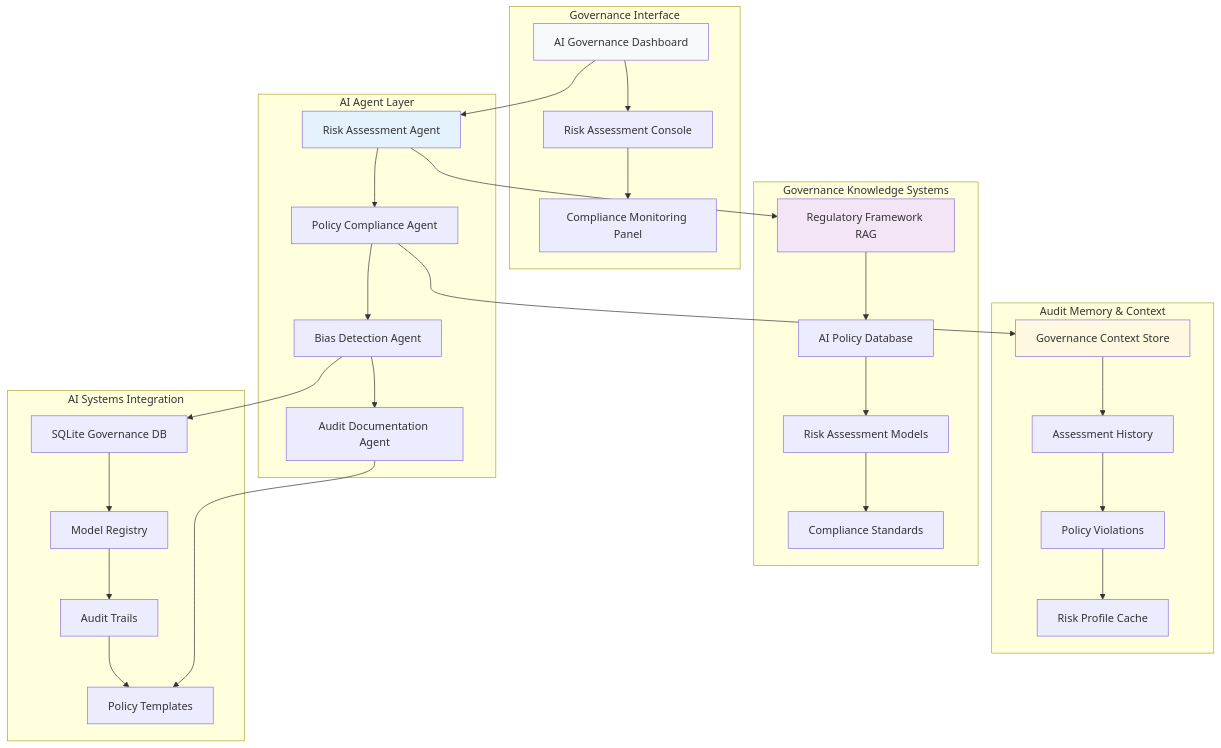
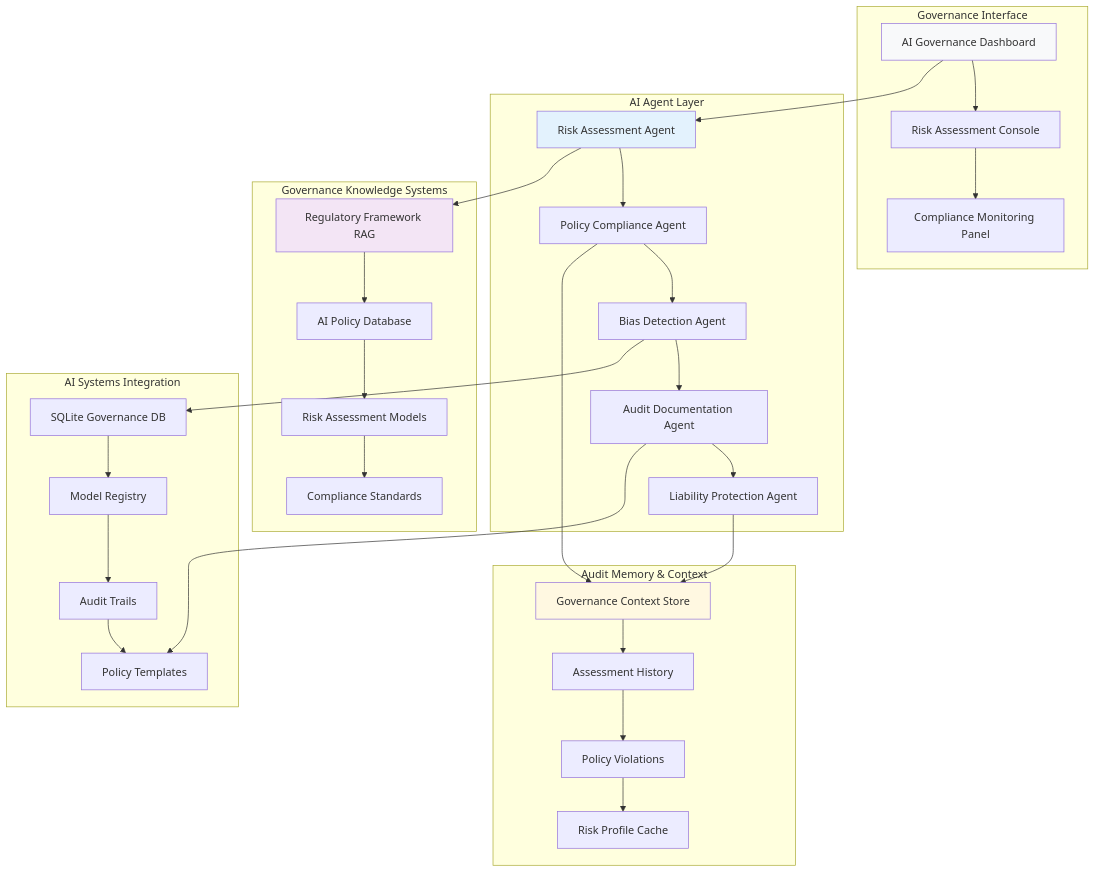
Before and after one commit to rajupeta/AI-Governance-Pod-Enterprise-AI-Audit-Platform: the first of 3 diagrams in Pod4.md, drawn with Mermaid. The commit also changed other lines of this file and 17 other files, not shown here.

First line of the commit message:
feat: Add CRO liability protection agent and complete governance platform

````diff
--- a/Pod4.md
+++ b/Pod4.md
@@ -22,42 +22,44 @@
 ```mermaid
 graph TB
     subgraph "Governance Interface"
         A[AI Governance Dashboard] --> B[Risk Assessment Console]
         B --> C[Compliance Monitoring Panel]
     end
     
     subgraph "AI Agent Layer"
         D[Risk Assessment Agent] --> E[Policy Compliance Agent]
         E --> F[Bias Detection Agent]
         F --> G[Audit Documentation Agent]
+        G --> H2[Liability Protection Agent]
     end
     
     subgraph "Governance Knowledge Systems"
         H[Regulatory Framework RAG] --> I[AI Policy Database]
         I --> J[Risk Assessment Models]
         J --> K[Compliance Standards]
     end
     
     subgraph "Audit Memory & Context"
         L[Governance Context Store] --> M[Assessment History]
         M --> N[Policy Violations]
         N --> O[Risk Profile Cache]
     end
     
     subgraph "AI Systems Integration"
         P[SQLite Governance DB] --> Q[Model Registry]
         Q --> R[Audit Trails]
         R --> S[Policy Templates]
     end
     
     A --> D
     D --> H
     E --> L
     F --> P
     G --> S
+    H2 --> L
     
     style A fill:#f8f9fa
     style D fill:#e3f2fd
     style H fill:#f3e5f5
     style L fill:#fff8e1
 ```
````
